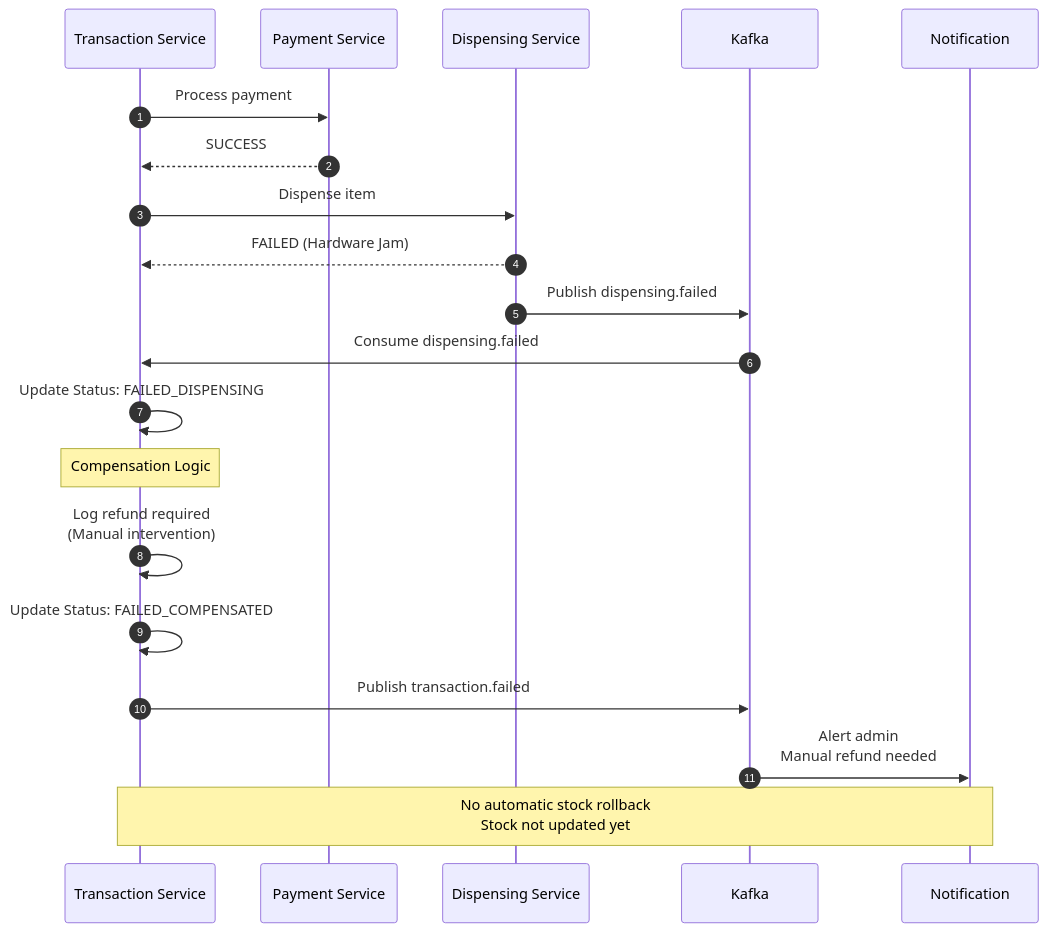
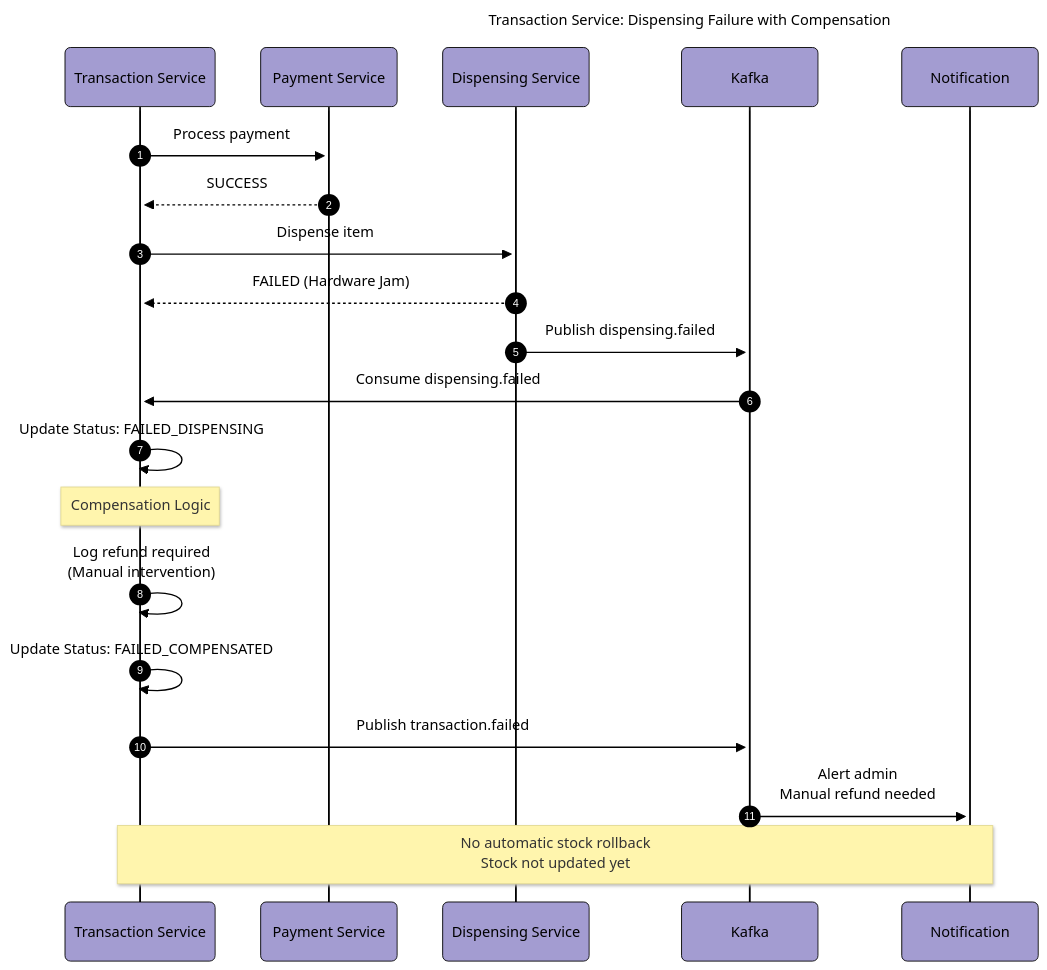
One commit to BrunoGil-AS/Vending-Machine-Microservices changed the eighth of 8 diagrams in Documentation/diagrams/transaction-service.md. Above: the diagram before and after it, drawn with Mermaid. The commit also changed other lines of this file and 7 other files, not shown here.

Commit message:
docs: Update service diagrams with new configurations and titles

````diff
--- a/Documentation/diagrams/transaction-service.md
+++ b/Documentation/diagrams/transaction-service.md
@@ -365,28 +463,42 @@
 ```mermaid
+---
+config:
+  theme: base
+  themeVariables:
+    primaryColor: '#a39cd1ff'
+    primaryTextColor: '#000000'
+    secondaryTextColor: '#ffffffff'
+    primaryBorderColor: '#000000'
+    lineColor: '#000000ff'
+    secondaryColor: '#90b590ff'
+    tertiaryColor: '#f9f6a1ff'
+  look: neo
+title: 'Transaction Service: Dispensing Failure with Compensation'
+---
 sequenceDiagram
     autonumber
     participant Service as Transaction Service
     participant Payment as Payment Service
     participant Dispensing as Dispensing Service
     participant Kafka
     participant Notification
 
     Service->>Payment: Process payment
     Payment-->>Service: SUCCESS
 
     Service->>Dispensing: Dispense item
     Dispensing-->>Service: FAILED (Hardware Jam)
     Dispensing->>Kafka: Publish dispensing.failed
 
     Kafka->>Service: Consume dispensing.failed
     Service->>Service: Update Status: FAILED_DISPENSING
 
     Note over Service: Compensation Logic
     Service->>Service: Log refund required<br/>(Manual intervention)
     Service->>Service: Update Status: FAILED_COMPENSATED
 
     Service->>Kafka: Publish transaction.failed
     Kafka->>Notification: Alert admin<br/>Manual refund needed
 
     Note over Service,Notification: No automatic stock rollback<br/>Stock not updated yet
 ```
````
